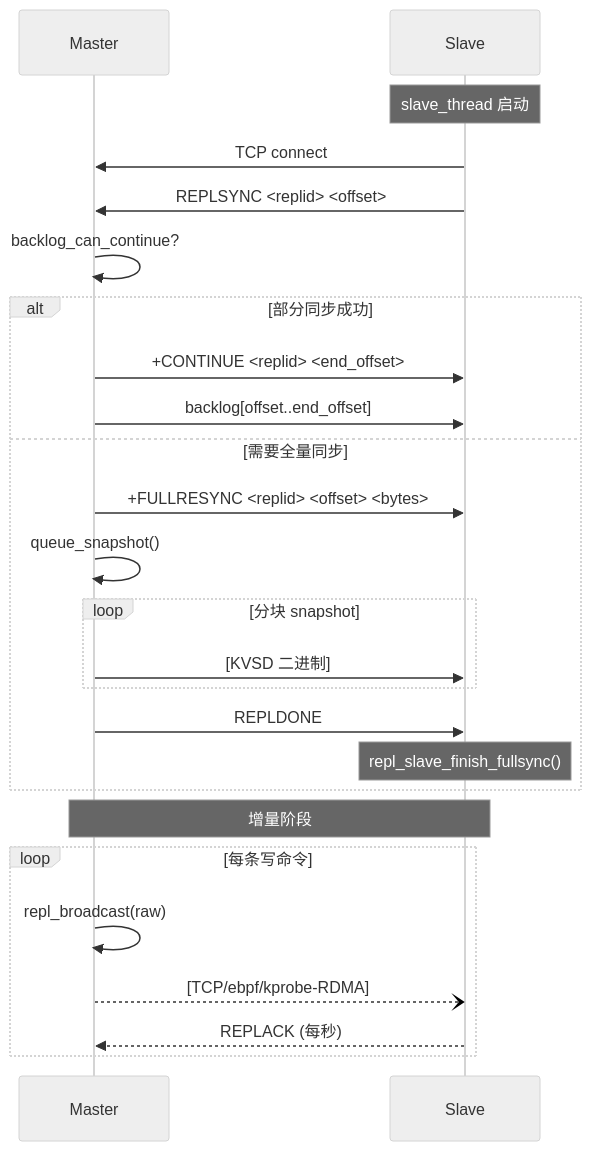
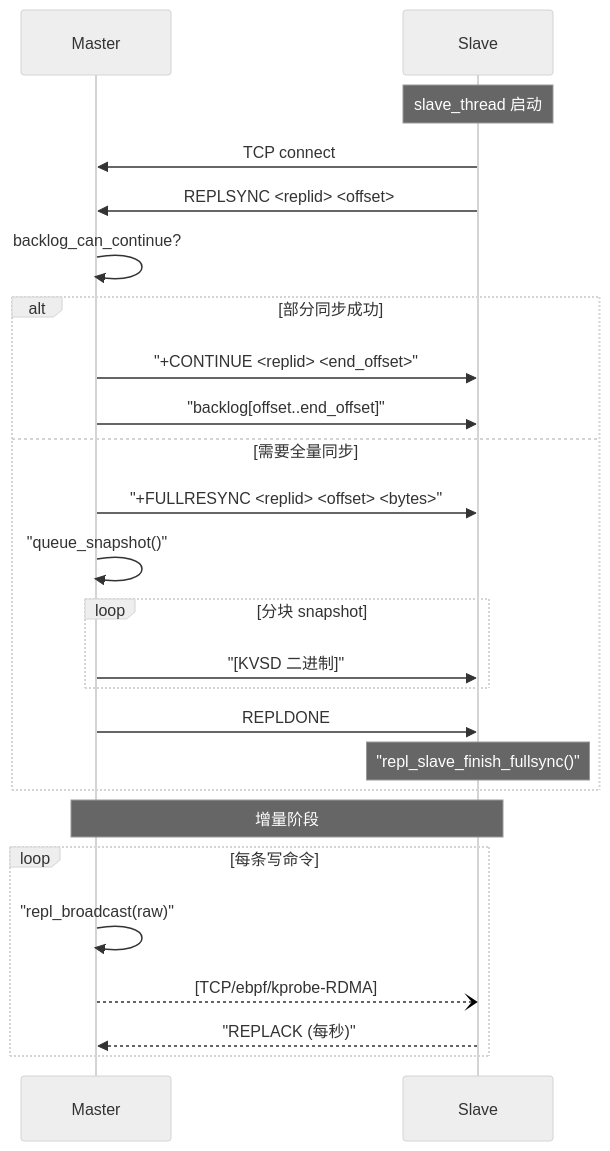
One commit to robotlover-1/kvstore changed diagram 12 of 15 in README.md. Above: the diagram before and after it, drawn with Mermaid (neutral theme). The commit also changed other lines of this file, not shown here.

First line of the commit message:
docs: 修复 mermaid sequence diagram 特殊字符渲染

````diff
--- a/README.md
+++ b/README.md
@@ -2290,28 +2290,28 @@
 ```mermaid
 sequenceDiagram
     participant M as Master
     participant S as Slave
 
     Note over S: slave_thread 启动
     S->>M: TCP connect
     S->>M: REPLSYNC <replid> <offset>
     M->>M: backlog_can_continue?
     alt 部分同步成功
-        M->>S: +CONTINUE <replid> <end_offset>
-        M->>S: backlog[offset..end_offset]
+        M->>S: "+CONTINUE <replid> <end_offset>"
+        M->>S: "backlog[offset..end_offset]"
     else 需要全量同步
-        M->>S: +FULLRESYNC <replid> <offset> <bytes>
-        M->>M: queue_snapshot()
+        M->>S: "+FULLRESYNC <replid> <offset> <bytes>"
+        M->>M: "queue_snapshot()"
         loop 分块 snapshot
-            M->>S: [KVSD 二进制]
+            M->>S: "[KVSD 二进制]"
         end
         M->>S: REPLDONE
-        Note over S: repl_slave_finish_fullsync()
+        Note over S: "repl_slave_finish_fullsync()"
     end
     Note over M,S: 增量阶段
     loop 每条写命令
-        M->>M: repl_broadcast(raw)
+        M->>M: "repl_broadcast(raw)"
         M--)S: [TCP/ebpf/kprobe-RDMA]
-        S-->>M: REPLACK (每秒)
+        S-->>M: "REPLACK (每秒)"
     end
 ```
````
